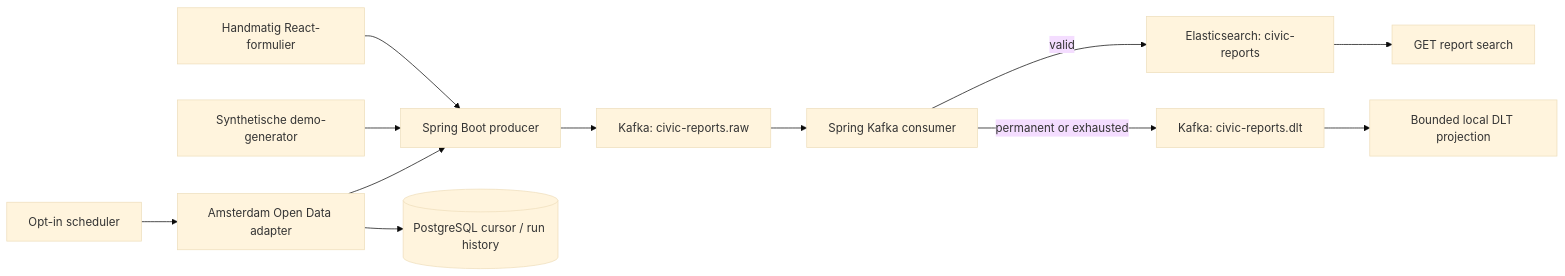
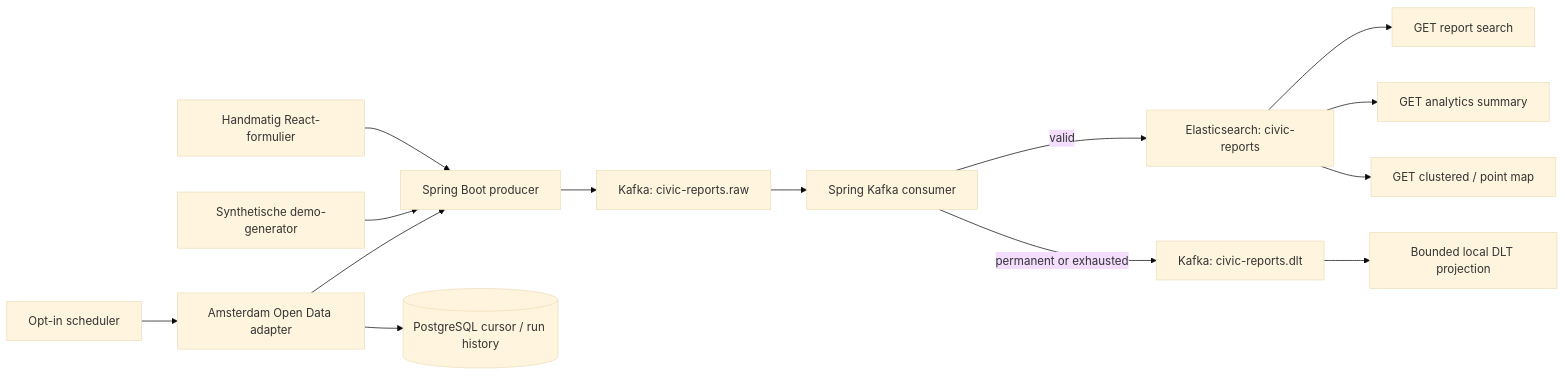
The diagram in docs/architecture.md (salahooo/CivicSignalNL), drawn with Mermaid (base theme) before and after one commit. The commit also changed other lines of this file and 35 other files, not shown here.

````diff
--- a/docs/architecture.md
+++ b/docs/architecture.md
@@ -3,14 +3,16 @@
 ```mermaid
 flowchart LR
     A[Handmatig React-formulier] --> B[Spring Boot producer]
     X[Synthetische demo-generator] --> B
     S[Opt-in scheduler] --> Y[Amsterdam Open Data adapter]
     Y --> P[(PostgreSQL cursor / run history)]
     Y --> B
     B --> C[Kafka: civic-reports.raw]
     C --> D[Spring Kafka consumer]
     D -->|valid| E[Elasticsearch: civic-reports]
     D -->|permanent or exhausted| G[Kafka: civic-reports.dlt]
     G --> H[Bounded local DLT projection]
     E --> F[GET report search]
+    E --> I[GET analytics summary]
+    E --> J[GET clustered / point map]
 ```
````
